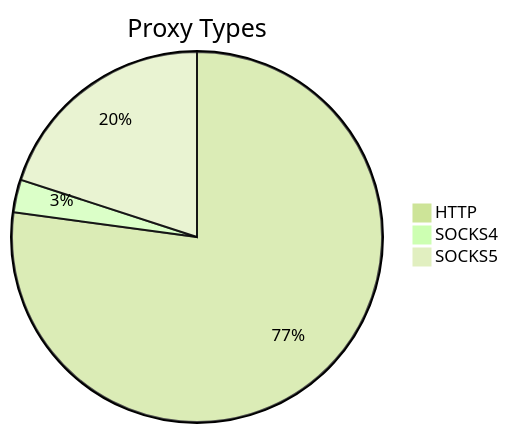
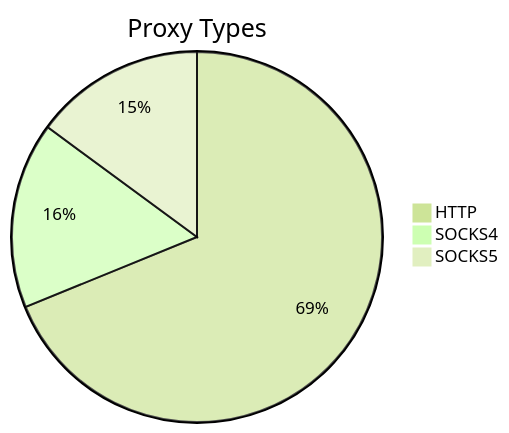
The first of 2 diagrams in README.md (stormsia/proxy-list), drawn with Mermaid (forest theme) before and after one commit. The commit also changed other lines of this file, not shown here.

````diff
--- a/README.md
+++ b/README.md
@@ -21,6 +21,6 @@
 ```mermaid
 pie title Proxy Types
-    "HTTP" : 189
-    "SOCKS4" : 7
-    "SOCKS5" : 49
+    "HTTP" : 508
+    "SOCKS4" : 120
+    "SOCKS5" : 110
 ```
````
